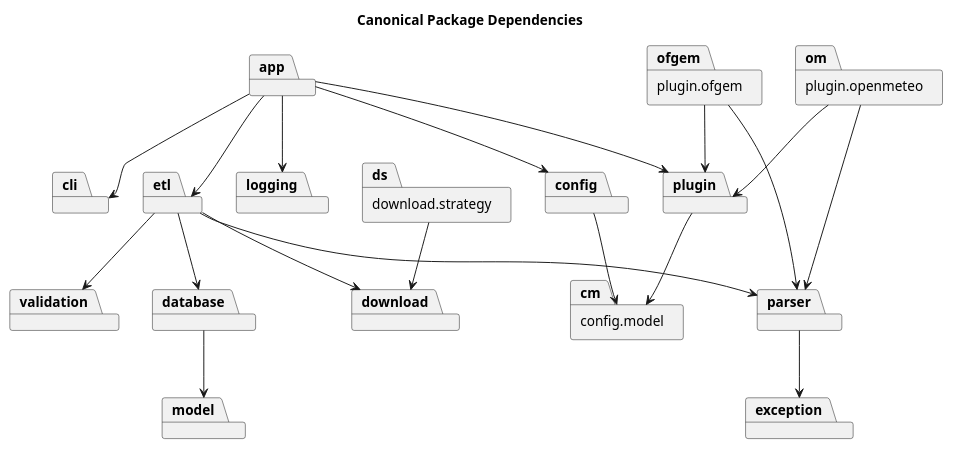
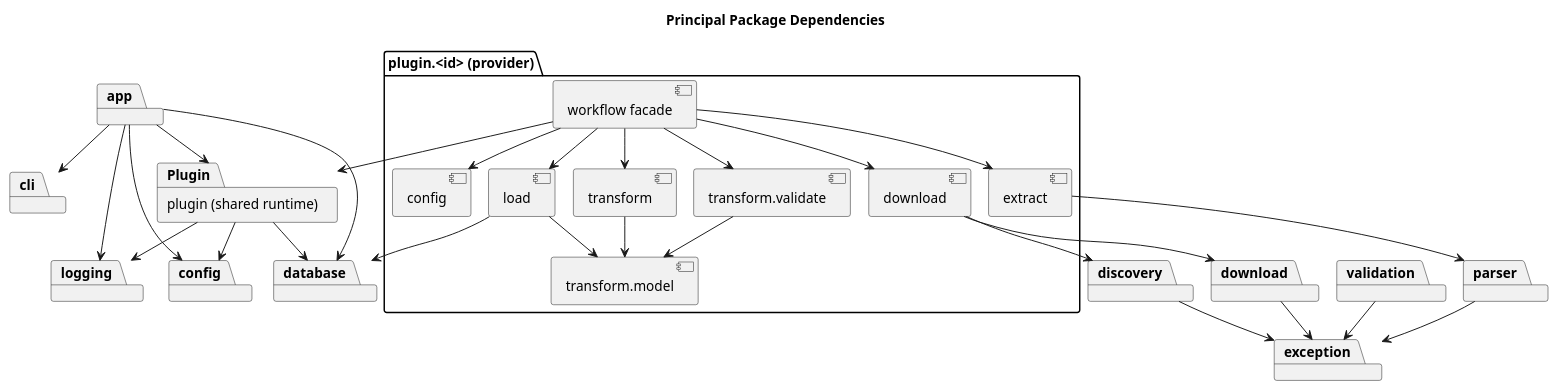
One commit to TerryCurranZellis/OpenData changed the diagram in docs/diagrams/source/package-dependencies.puml. Above: the diagram before and after it, drawn with PlantUML. The commit also changed 292 other files, not shown here.

```diff
--- a/docs/diagrams/source/package-dependencies.puml
+++ b/docs/diagrams/source/package-dependencies.puml
@@ -1,37 +1,56 @@
 @startuml
-title Canonical Package Dependencies
+!pragma layout smetana
+title Principal Package Dependencies
+top to bottom direction
+
 package app
 package cli
 package config
-package "config.model" as cm
-package plugin
-package "plugin.ofgem" as ofgem
-package "plugin.openmeteo" as om
-package etl
+package "plugin (shared runtime)" as Plugin
+
+package "plugin.<id> (provider)" as Provider {
+  [workflow facade] as Facade
+  [config] as ProviderConfig
+  [download] as ProviderDownload
+  [extract] as ProviderExtract
+  [transform] as ProviderTransform
+  [transform.model] as ProviderModel
+  [transform.validate] as ProviderValidate
+  [load] as ProviderLoad
+}
+
+package discovery
 package download
-package "download.strategy" as ds
 package parser
 package validation
 package database
-package model
 package logging
 package exception
+
 app --> cli
 app --> config
-app --> plugin
-app --> etl
+app --> Plugin
+app --> database
 app --> logging
-config --> cm
-plugin --> cm
-ofgem --> plugin
-ofgem --> parser
-om --> plugin
-om --> parser
-etl --> download
-etl --> parser
-etl --> validation
-etl --> database
-ds --> download
+Plugin --> config
+Plugin --> database
+Plugin --> logging
+Facade --> Plugin
+Facade --> ProviderConfig
+Facade --> ProviderDownload
+Facade --> ProviderExtract
+Facade --> ProviderTransform
+Facade --> ProviderValidate
+Facade --> ProviderLoad
+ProviderDownload --> download
+ProviderDownload --> discovery
+ProviderExtract --> parser
+ProviderTransform --> ProviderModel
+ProviderValidate --> ProviderModel
+ProviderLoad --> ProviderModel
+ProviderLoad --> database
+discovery --> exception
+download --> exception
 parser --> exception
-database --> model
+validation --> exception
 @enduml
```
